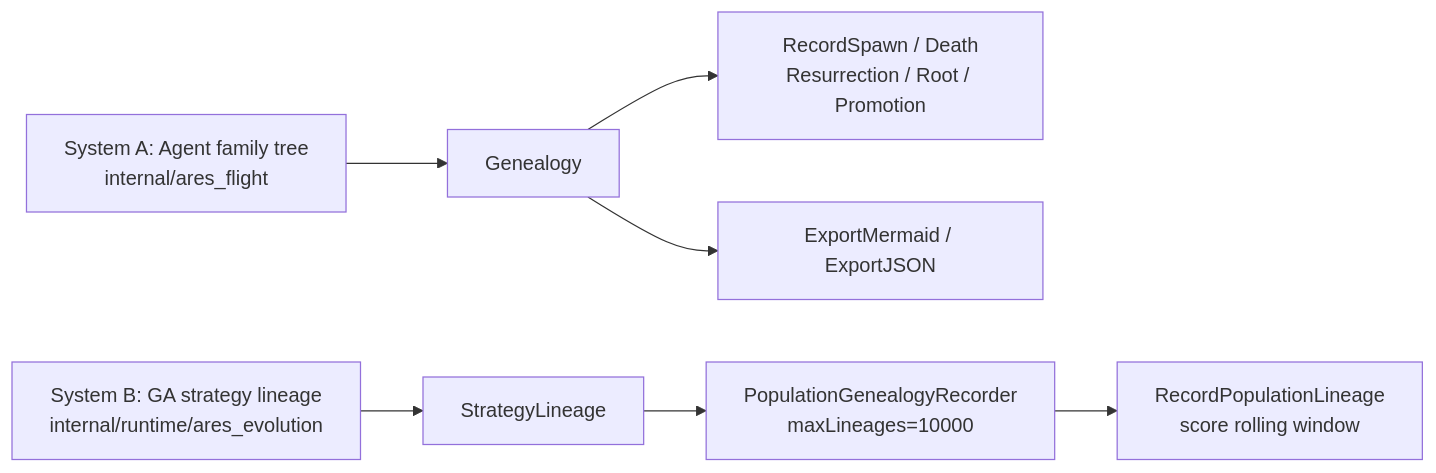
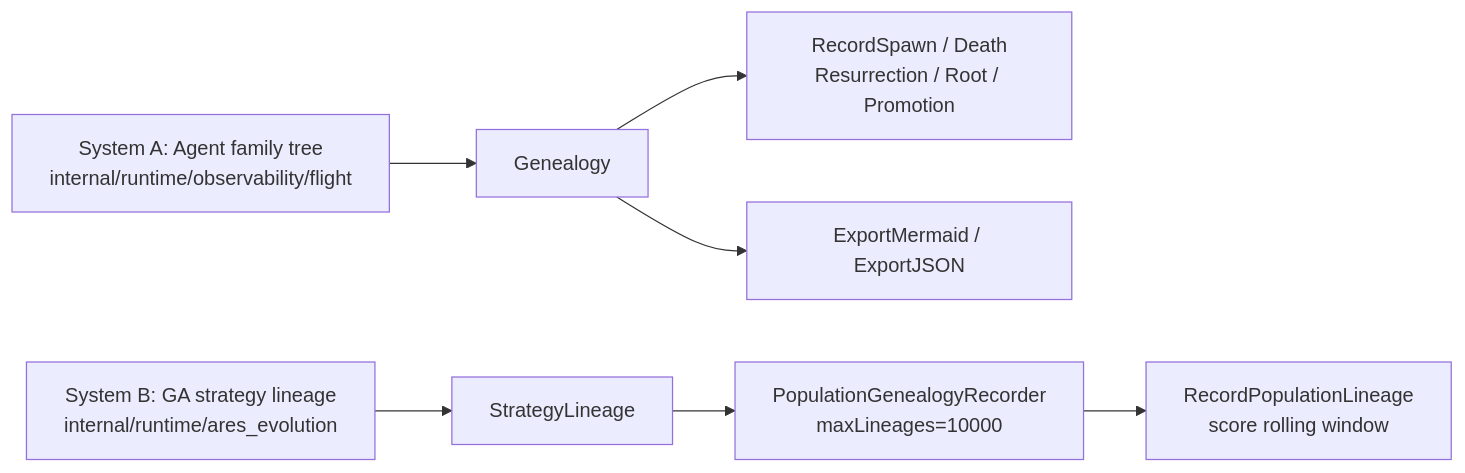
Before and after one commit to Timwood0x10/ARES: the diagram in docs/articles/en/24.5-ga-genealogy.md, drawn with Mermaid. The commit also changed 330 other files, not shown here.

````diff
--- a/docs/articles/en/24.5-ga-genealogy.md
+++ b/docs/articles/en/24.5-ga-genealogy.md
@@ -12,10 +12,10 @@
 ```mermaid
 flowchart LR
-    A[System A: Agent family tree<br/>internal/ares_flight] --> A1[Genealogy]
+    A[System A: Agent family tree<br/>internal/runtime/observability/flight] --> A1[Genealogy]
     A1 --> A2[RecordSpawn / Death<br/>Resurrection / Root / Promotion]
     A1 --> A3[ExportMermaid / ExportJSON]
 
     B[System B: GA strategy lineage<br/>internal/runtime/ares_evolution] --> B1[StrategyLineage]
     B1 --> B2[PopulationGenealogyRecorder<br/>maxLineages=10000]
     B2 --> B3[RecordPopulationLineage<br/>score rolling window]
 ```
````
